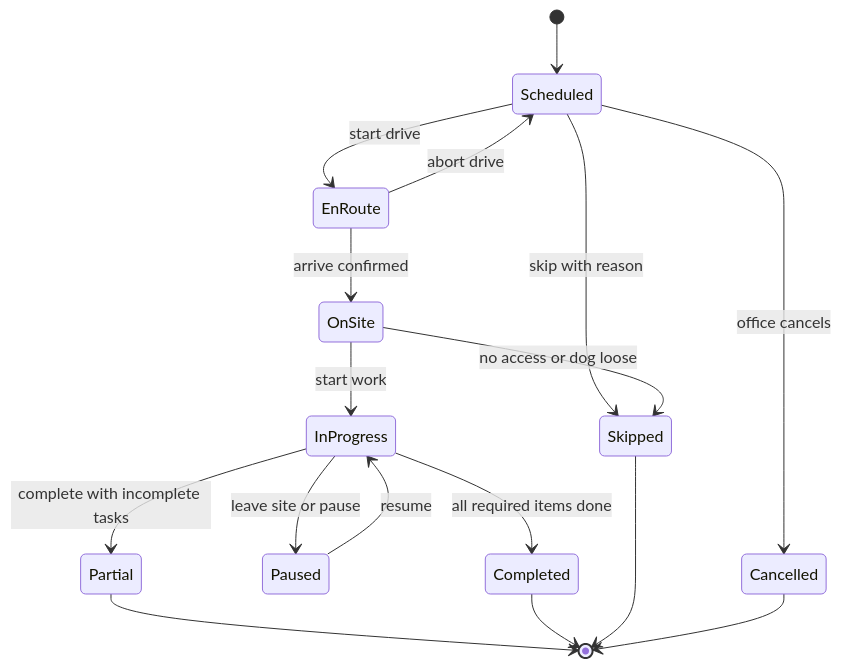
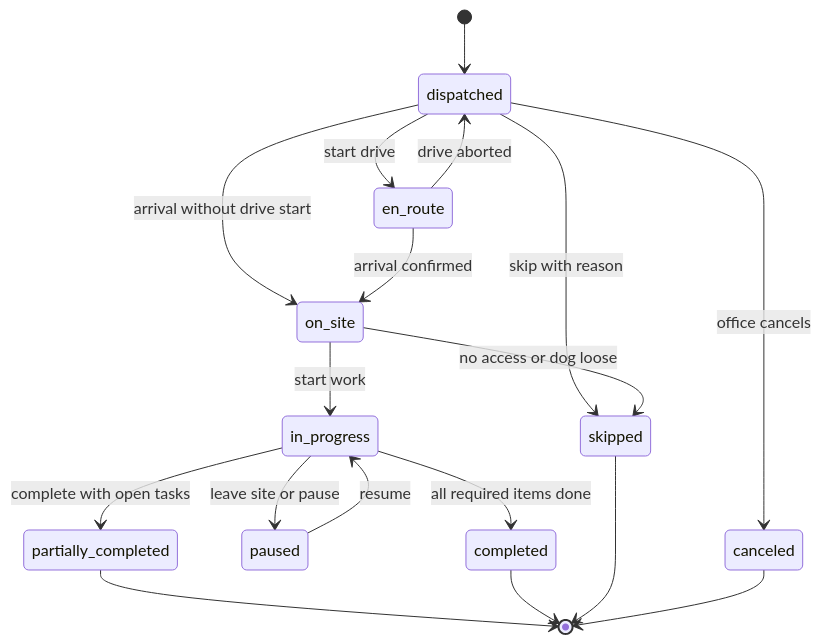
The second of 11 diagrams in docs/05-field-crew-mobile-app.md (jdinard/landscape), drawn with Mermaid before and after one commit. The commit also changed other lines of this file and 21 other files, not shown here.

````diff
--- a/docs/05-field-crew-mobile-app.md
+++ b/docs/05-field-crew-mobile-app.md
@@ -948,19 +962,20 @@
 ```mermaid
 stateDiagram-v2
-    [*] --> Scheduled
-    Scheduled --> EnRoute : start drive
-    Scheduled --> Skipped : skip with reason
-    Scheduled --> Cancelled : office cancels
-    EnRoute --> OnSite : arrive confirmed
-    EnRoute --> Scheduled : abort drive
-    OnSite --> InProgress : start work
-    OnSite --> Skipped : no access or dog loose
-    InProgress --> Paused : leave site or pause
-    Paused --> InProgress : resume
-    InProgress --> Completed : all required items done
-    InProgress --> Partial : complete with incomplete tasks
-    Partial --> [*]
-    Completed --> [*]
-    Skipped --> [*]
-    Cancelled --> [*]
+    [*] --> dispatched
+    dispatched --> en_route : start drive
+    dispatched --> on_site : arrival without drive start
+    dispatched --> skipped : skip with reason
+    dispatched --> canceled : office cancels
+    en_route --> on_site : arrival confirmed
+    en_route --> dispatched : drive aborted
+    on_site --> in_progress : start work
+    on_site --> skipped : no access or dog loose
+    in_progress --> paused : leave site or pause
+    paused --> in_progress : resume
+    in_progress --> completed : all required items done
+    in_progress --> partially_completed : complete with open tasks
+    partially_completed --> [*]
+    completed --> [*]
+    skipped --> [*]
+    canceled --> [*]
 ```
````
